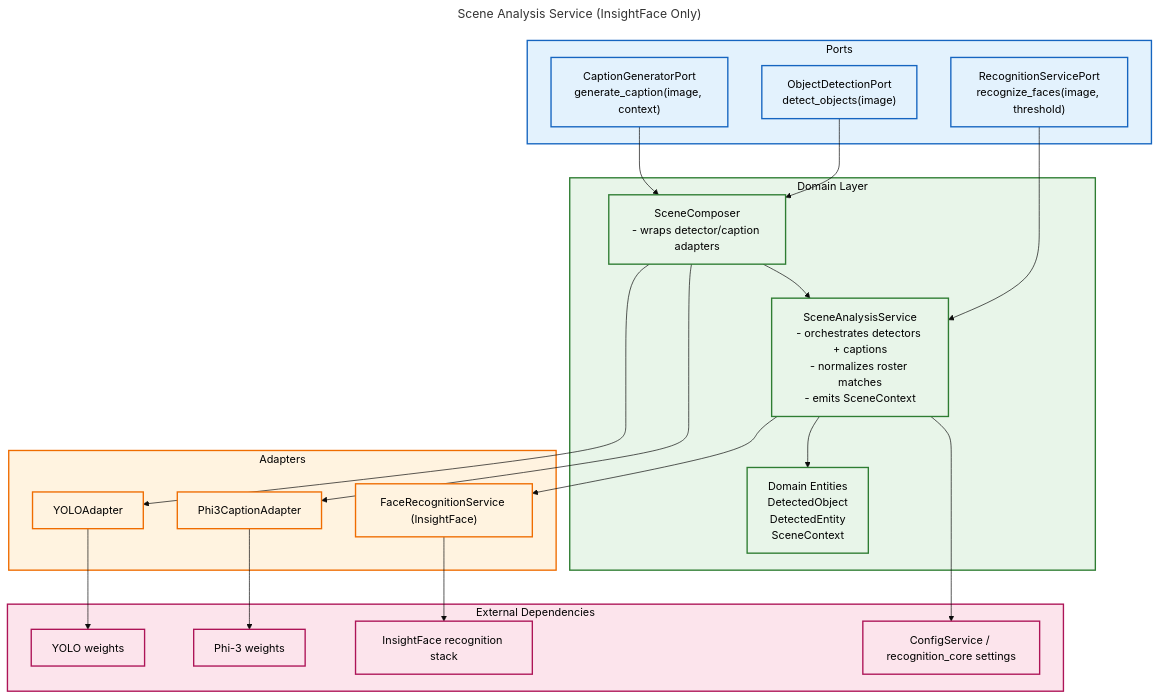
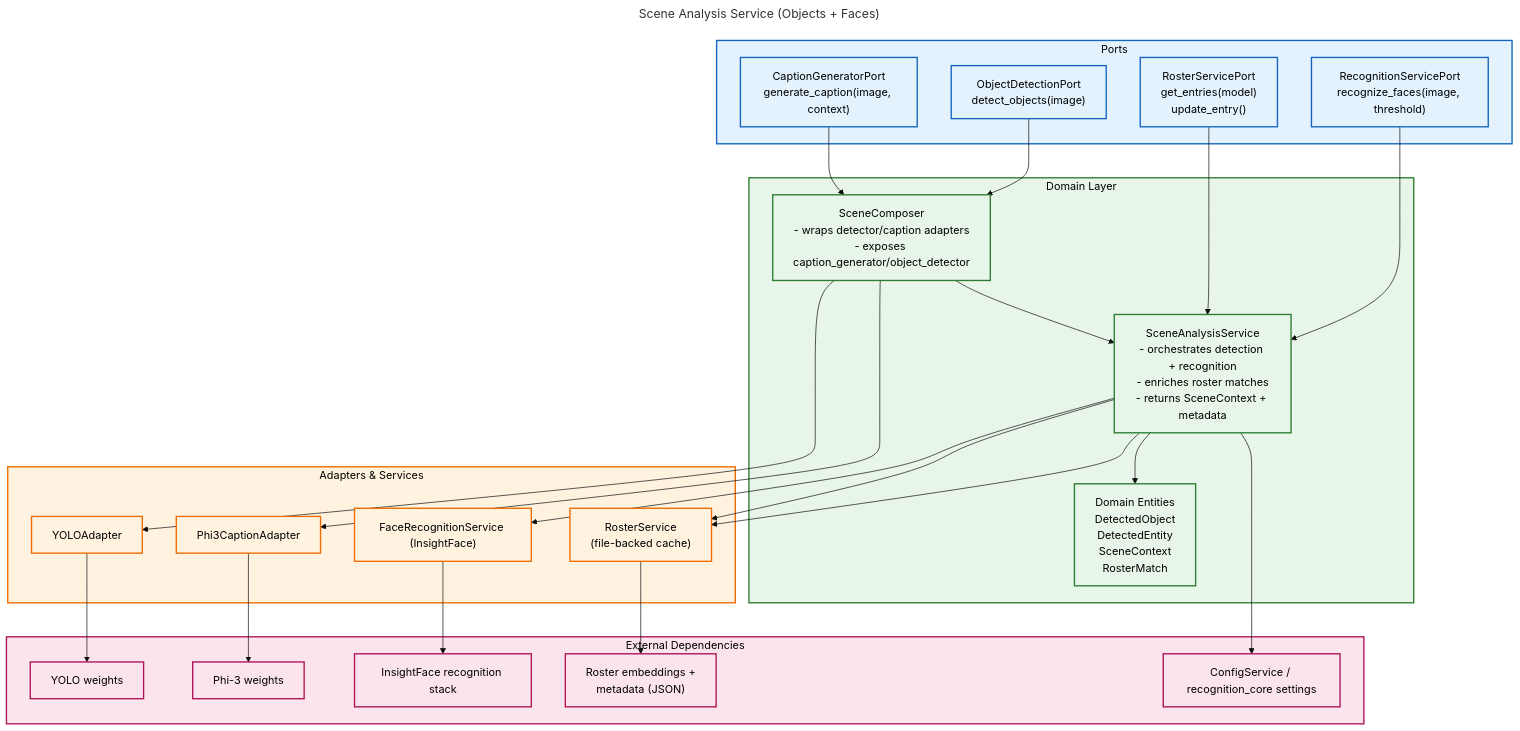
One commit to darce/context-alt-text-monorepo changed the diagram in docs/architecture/backend-uml/analysis_service.mermaid. Above: the diagram before and after it, drawn with Mermaid (base theme). The commit also changed 3 other files, not shown here.

Commit message:
docs: align backend UML diagrams with current service flows

```diff
--- a/docs/architecture/backend-uml/analysis_service.mermaid
+++ b/docs/architecture/backend-uml/analysis_service.mermaid
@@ -1,54 +1,61 @@
 ---
-title: Scene Analysis Service (InsightFace Only)
+title: Scene Analysis Service (Objects + Faces)
 ---
 flowchart TB
     subgraph ports["Ports"]
         object_port["ObjectDetectionPort\ndetect_objects(image)"]
         caption_port["CaptionGeneratorPort\ngenerate_caption(image, context)"]
         recognition_port["RecognitionServicePort\nrecognize_faces(image, threshold)"]
+        roster_port["RosterServicePort\nget_entries(model)\nupdate_entry()"]; 
     end
 
     subgraph domain["Domain Layer"]
-        scene_service["SceneAnalysisService\n- orchestrates detectors + captions\n- normalizes roster matches\n- emits SceneContext"]
-        scene_composer["SceneComposer\n- wraps detector/caption adapters"]
-        scene_entities["Domain Entities\nDetectedObject\nDetectedEntity\nSceneContext"]
+        scene_service["SceneAnalysisService\n- orchestrates detection + recognition\n- enriches roster matches\n- returns SceneContext + metadata"]
+        scene_composer["SceneComposer\n- wraps detector/caption adapters\n- exposes caption_generator/object_detector"]
+        scene_entities["Domain Entities\nDetectedObject\nDetectedEntity\nSceneContext\nRosterMatch"]
     end
 
-    subgraph adapters["Adapters"]
+    subgraph adapters["Adapters & Services"]
         yolo_adapter["YOLOAdapter"]
         caption_adapter["Phi3CaptionAdapter"]
         recognition_service_adapter["FaceRecognitionService (InsightFace)"]
+        roster_service_adapter["RosterService\n(file-backed cache)"]
     end
 
     subgraph external["External Dependencies"]
         yolo_weights["YOLO weights"]
         phi3_weights["Phi-3 weights"]
         recognition_stack["InsightFace recognition stack"]
+        roster_embeddings["Roster embeddings +\nmetadata (JSON)"]
         settings_yaml["ConfigService / recognition_core settings"]
     end
 
     object_port --> scene_composer
     caption_port --> scene_composer
     recognition_port --> scene_service
+    roster_port --> scene_service
 
     scene_composer --> scene_service
     scene_service --> scene_entities
+    scene_service --> settings_yaml
+    scene_service --> roster_service_adapter
 
     scene_composer --> yolo_adapter
     scene_composer --> caption_adapter
     scene_service --> recognition_service_adapter
+    scene_service --> roster_service_adapter
 
     yolo_adapter --> yolo_weights
     caption_adapter --> phi3_weights
     recognition_service_adapter --> recognition_stack
-    scene_service --> settings_yaml
+    roster_service_adapter --> roster_embeddings
 
     classDef portsClass fill:#e3f2fd,stroke:#1565c0,color:#000,stroke-width:2px
     classDef domainClass fill:#e8f5e9,stroke:#2e7d32,color:#000,stroke-width:2px
     classDef adapterClass fill:#fff3e0,stroke:#ef6c00,color:#000,stroke-width:2px
     classDef externalClass fill:#fce4ec,stroke:#ad1457,color:#000,stroke-width:2px
 
-    class ports,object_port,caption_port,recognition_port portsClass
+    class ports,object_port,caption_port,recognition_port,roster_port portsClass
     class domain,scene_service,scene_composer,scene_entities domainClass
-    class adapters,yolo_adapter,caption_adapter,recognition_service_adapter adapterClass
-    class external,yolo_weights,phi3_weights,recognition_stack,settings_yaml externalClass
+    class adapters,yolo_adapter,caption_adapter,recognition_service_adapter,roster_service_adapter adapterClass
+    class external,yolo_weights,phi3_weights,recognition_stack,roster_embeddings,settings_yaml externalClass
```
